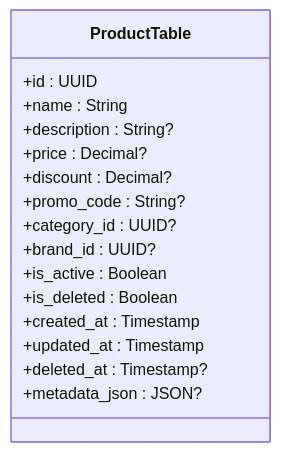
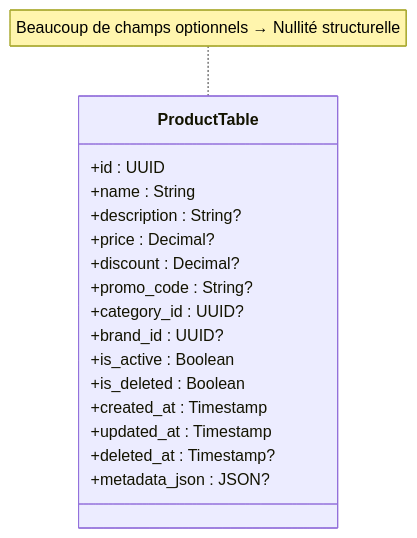
The first of 5 diagrams in _posts/2025-11-01-gdd.md (ng-galien/ng-galien.github.io), drawn with Mermaid before and after one commit. The commit also changed other lines of this file, not shown here.

````diff
--- a/_posts/2025-11-01-gdd.md
+++ b/_posts/2025-11-01-gdd.md
@@ -92,19 +138,20 @@
 ```mermaid
 classDiagram
   class ProductTable {
     +id : UUID
     +name : String
     +description : String?
     +price : Decimal?
     +discount : Decimal?
     +promo_code : String?
     +category_id : UUID?
     +brand_id : UUID?
     +is_active : Boolean
     +is_deleted : Boolean
     +created_at : Timestamp
     +updated_at : Timestamp
     +deleted_at : Timestamp?
     +metadata_json : JSON?
   }
+note for ProductTable "Beaucoup de champs optionnels → Nullité structurelle"
 ```
````
